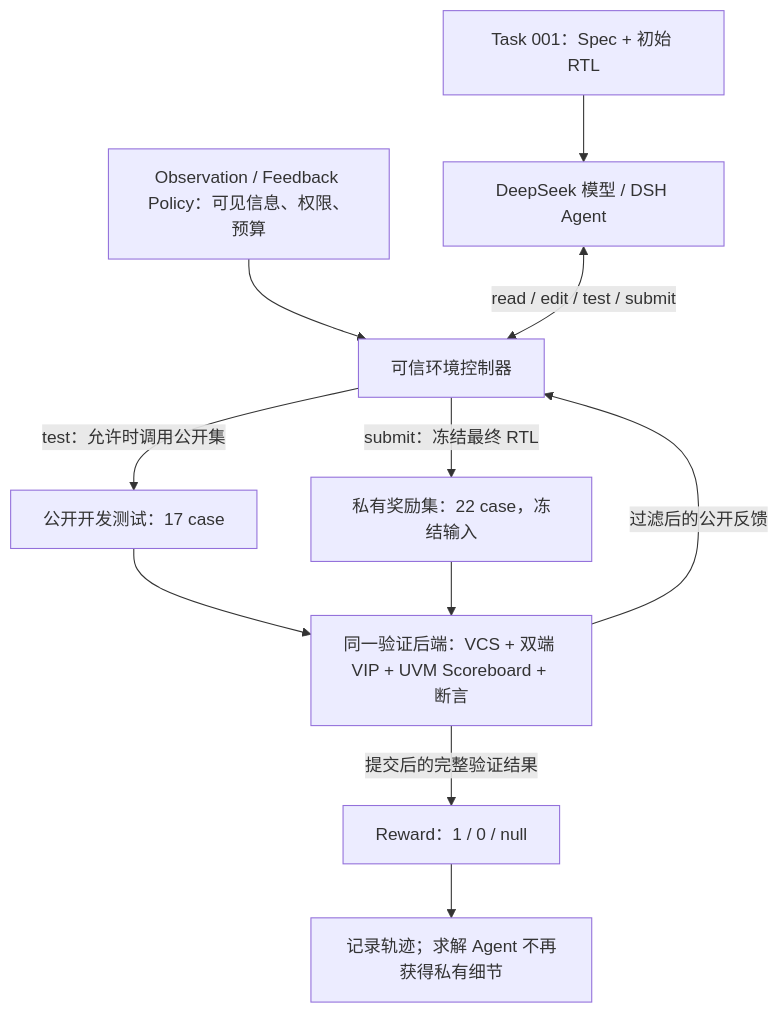
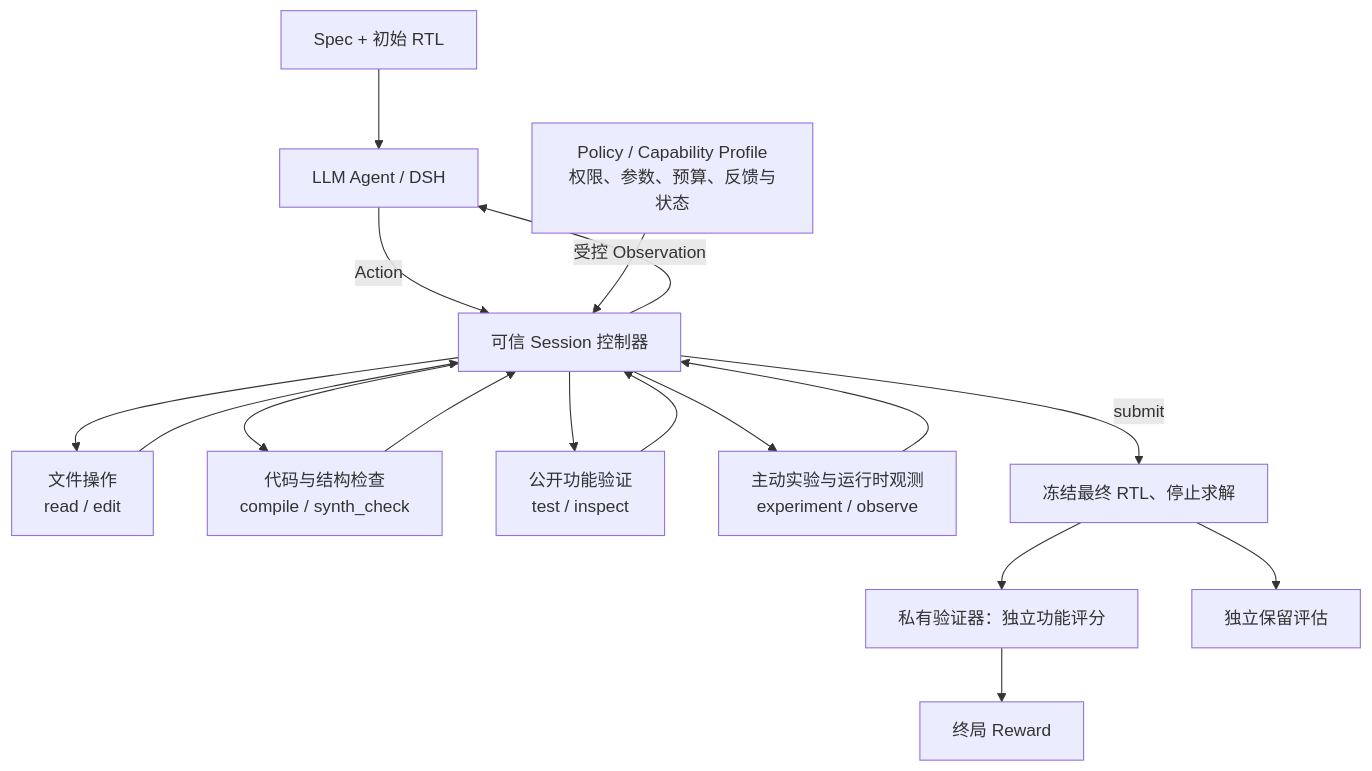
One commit to 5Mcv4He/ProtocolBridge-RL changed the fifth of 8 diagrams in README.md. Above: the diagram before and after it, drawn with Mermaid. The commit also changed other lines of this file, not shown here.

Commit message:
docs: restructure README around task, environment, reward and data strategy

````diff
--- a/README.md
+++ b/README.md
@@ -54,13 +157,19 @@
 ```mermaid
-flowchart TB
-    T["Task 001：Spec + 初始 RTL"] --> A["DeepSeek 模型 / DSH Agent"]
-    P["Observation / Feedback Policy：可见信息、权限、预算"] --> C["可信环境控制器"]
-    A <-->|"read / edit / test / submit"| C
-    C -->|"test：允许时调用公开集"| PUB["公开开发测试：17 case"]
-    PUB --> V["同一验证后端：VCS + 双端 VIP + UVM Scoreboard + 断言"]
-    V -->|"过滤后的公开反馈"| C
-    C -->|"submit：冻结最终 RTL"| S["私有奖励集：22 case，冻结输入"]
-    S --> V
-    V -->|"提交后的完整验证结果"| R["Reward：1 / 0 / null"]
-    R --> H["记录轨迹；求解 Agent 不再获得私有细节"]
+flowchart TD
+    SPEC["Spec + 初始 RTL"] --> A["LLM Agent / DSH"]
+    A -->|"Action"| C["可信 Session 控制器"]
+    C -->|"受控 Observation"| A
+    POLICY["Policy / Capability Profile<br/>权限、参数、预算、反馈与状态"] --> C
+    C --> F["文件操作<br/>read / edit"]
+    C --> BUILD["代码与结构检查<br/>compile / synth_check"]
+    C --> TEST["公开功能验证<br/>test / inspect"]
+    C --> LAB["主动实验与运行时观测<br/>experiment / observe"]
+    F --> C
+    BUILD --> C
+    TEST --> C
+    LAB --> C
+    C -->|"submit"| S["冻结最终 RTL、停止求解"]
+    S --> PRIV["私有验证器：独立功能评分"]
+    PRIV --> R["终局 Reward"]
+    S --> HOLD["独立保留评估"]
 ```
````
